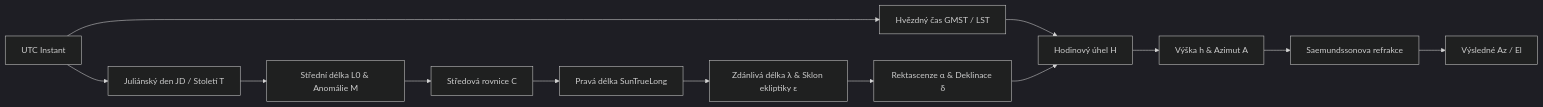
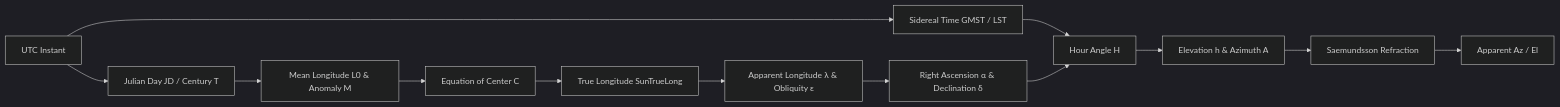
The second of 5 diagrams in APP_SUMMARY.md (Dazix/android-caelis), drawn with Mermaid (dark theme) before and after one commit. The commit also changed other lines of this file and 3 other files, not shown here.

````diff
--- a/APP_SUMMARY.md
+++ b/APP_SUMMARY.md
@@ -192,14 +193,15 @@
 ```mermaid
 flowchart LR
-    Time[UTC Instant] --> JD[Juliánský den JD / Století T]
-    JD --> Mean[Střední délka L0 & Anomálie M]
-    Mean --> Center[Středová rovnice C]
-    Center --> TrueLong[Pravá délka SunTrueLong]
-    TrueLong --> AppLong[Zdánlivá délka λ & Sklon ekliptiky ε]
-    AppLong --> EqCoords[Rektascenze α & Deklinace δ]
-    Time --> GMST[Hvězdný čas GMST / LST]
-    GMST & EqCoords --> HourAngle[Hodinový úhel H]
-    HourAngle --> HorizCoords[Výška h & Azimut A]
-    HorizCoords --> Refract[Saemundssonova refrakce]
-    Refract --> FinalPos[Výsledné Az / El]
+    Time[UTC Instant] --> JD[Julian Day JD / Century T]
+    Mean[Mean Longitude L0 & Anomaly M]
+    JD --> Mean
+    Mean --> Center[Equation of Center C]
+    Center --> TrueLong[True Longitude SunTrueLong]
+    TrueLong --> AppLong[Apparent Longitude λ & Obliquity ε]
+    AppLong --> EqCoords[Right Ascension α & Declination δ]
+    Time --> GMST[Sidereal Time GMST / LST]
+    GMST & EqCoords --> HourAngle[Hour Angle H]
+    HourAngle --> HorizCoords[Elevation h & Azimuth A]
+    HorizCoords --> Refract[Saemundsson Refraction]
+    Refract --> FinalPos[Apparent Az / El]
 ```
````
